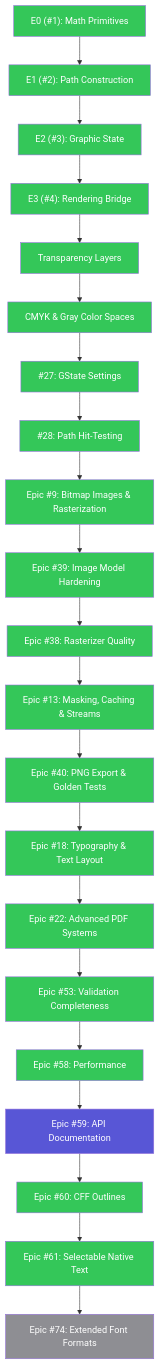
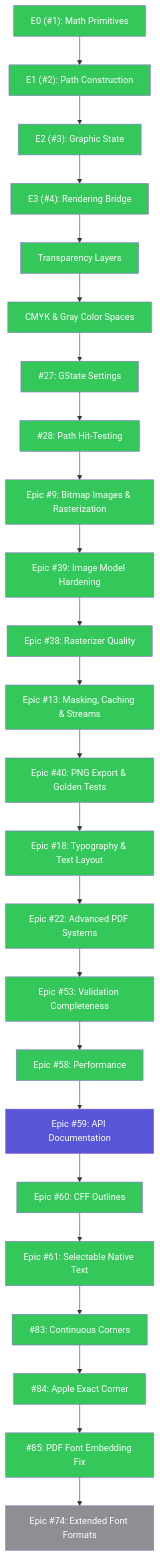
Before and after one commit to SlayerMotion/PureDraw: the first of 9 diagrams in README.md, drawn with Mermaid.

Commit message:
docs(readme): mark continuous corners and PDF font fix done in roadmap

````diff
--- a/README.md
+++ b/README.md
@@ -142,31 +142,34 @@
 ```mermaid
 flowchart TB
     classDef done    fill:#34C759,color:#FFFFFF
     classDef active  fill:#007AFF,color:#FFFFFF
     classDef review  fill:#30B0C7,color:#FFFFFF
     classDef next    fill:#5856D6,color:#FFFFFF
     classDef partial fill:#FF9500,color:#FFFFFF
     classDef todo    fill:#8E8E93,color:#FFFFFF
 
-    E0["E0 (#1): Math Primitives"]:::done --> E1["E1 (#2): Path Construction"]:::done --> E2["E2 (#3): Graphic State"]:::done --> E3["E3 (#4): Rendering Bridge"]:::done --> TL["Transparency Layers"]:::done --> CS["CMYK & Gray Color Spaces"]:::done --> P1_1["#27: GState Settings"]:::done --> P1_2["#28: Path Hit-Testing"]:::done --> Epic9["Epic #9: Bitmap Images & Rasterization"]:::done --> Epic39["Epic #39: Image Model Hardening"]:::done --> Epic38["Epic #38: Rasterizer Quality"]:::done --> Epic13["Epic #13: Masking, Caching & Streams"]:::done --> Epic40["Epic #40: PNG Export & Golden Tests"]:::done --> Epic18["Epic #18: Typography & Text Layout"]:::done --> Epic22["Epic #22: Advanced PDF Systems"]:::done --> Epic53["Epic #53: Validation Completeness"]:::done --> Epic58["Epic #58: Performance"]:::done --> Epic59["Epic #59: API Documentation"]:::next --> Epic60["Epic #60: CFF Outlines"]:::done --> Epic61["Epic #61: Selectable Native Text"]:::done --> Epic74["Epic #74: Extended Font Formats"]:::todo
+    E0["E0 (#1): Math Primitives"]:::done --> E1["E1 (#2): Path Construction"]:::done --> E2["E2 (#3): Graphic State"]:::done --> E3["E3 (#4): Rendering Bridge"]:::done --> TL["Transparency Layers"]:::done --> CS["CMYK & Gray Color Spaces"]:::done --> P1_1["#27: GState Settings"]:::done --> P1_2["#28: Path Hit-Testing"]:::done --> Epic9["Epic #9: Bitmap Images & Rasterization"]:::done --> Epic39["Epic #39: Image Model Hardening"]:::done --> Epic38["Epic #38: Rasterizer Quality"]:::done --> Epic13["Epic #13: Masking, Caching & Streams"]:::done --> Epic40["Epic #40: PNG Export & Golden Tests"]:::done --> Epic18["Epic #18: Typography & Text Layout"]:::done --> Epic22["Epic #22: Advanced PDF Systems"]:::done --> Epic53["Epic #53: Validation Completeness"]:::done --> Epic58["Epic #58: Performance"]:::done --> Epic59["Epic #59: API Documentation"]:::next --> Epic60["Epic #60: CFF Outlines"]:::done --> Epic61["Epic #61: Selectable Native Text"]:::done --> I83["#83: Continuous Corners"]:::done --> I84["#84: Apple Exact Corner"]:::done --> I85["#85: PDF Font Embedding Fix"]:::done --> Epic74["Epic #74: Extended Font Formats"]:::todo
 
     click E0 href "https://github.com/mihaelamj/PureDraw/issues/1" "E0"
     click E1 href "https://github.com/mihaelamj/PureDraw/issues/2" "E1"
     click E2 href "https://github.com/mihaelamj/PureDraw/issues/3" "E2"
     click E3 href "https://github.com/mihaelamj/PureDraw/issues/4" "E3"
     click P1_1 href "https://github.com/mihaelamj/PureDraw/issues/27" "Issue #27"
     click P1_2 href "https://github.com/mihaelamj/PureDraw/issues/28" "Issue #28"
     click Epic9 href "https://github.com/mihaelamj/PureDraw/issues/9" "Epic #9"
     click Epic39 href "https://github.com/mihaelamj/PureDraw/issues/39" "Epic #39"
     click Epic38 href "https://github.com/mihaelamj/PureDraw/issues/38" "Epic #38"
     click Epic13 href "https://github.com/mihaelamj/PureDraw/issues/13" "Epic #13"
     click Epic40 href "https://github.com/mihaelamj/PureDraw/issues/40" "Epic #40"
     click Epic18 href "https://github.com/mihaelamj/PureDraw/issues/18" "Epic #18"
     click Epic22 href "https://github.com/mihaelamj/PureDraw/issues/22" "Epic #22"
     click Epic53 href "https://github.com/mihaelamj/PureDraw/issues/53" "Epic #53"
     click Epic58 href "https://github.com/mihaelamj/PureDraw/issues/58" "Epic #58"
     click Epic59 href "https://github.com/mihaelamj/PureDraw/issues/59" "Epic #59"
     click Epic60 href "https://github.com/mihaelamj/PureDraw/issues/60" "Epic #60"
     click Epic61 href "https://github.com/mihaelamj/PureDraw/issues/61" "Epic #61"
+    click I83 href "https://github.com/mihaelamj/PureDraw/issues/83" "Issue #83"
+    click I84 href "https://github.com/mihaelamj/PureDraw/issues/84" "Issue #84"
+    click I85 href "https://github.com/mihaelamj/PureDraw/issues/85" "Issue #85"
     click Epic74 href "https://github.com/mihaelamj/PureDraw/issues/74" "Epic #74"
 ```
````
